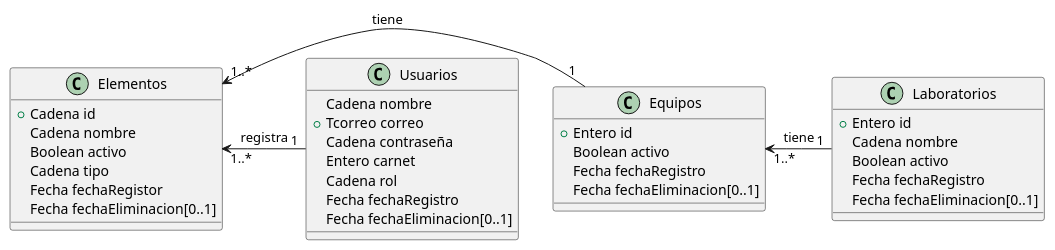
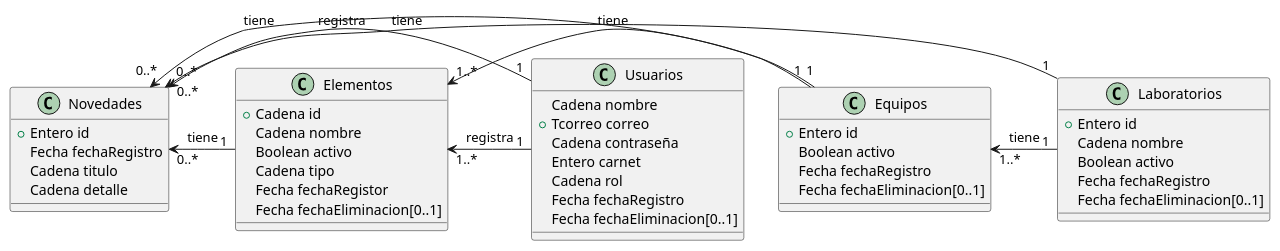
Before and after one commit to proyectocvds2019/NGCM: the diagram in modeloBaseDatos.puml, drawn with PlantUML.

Commit message:
extendiendo modelo de base de datos

```diff
--- a/modeloBaseDatos.puml
+++ b/modeloBaseDatos.puml
@@ -1,40 +1,52 @@
 @startuml
 class Usuarios{
 	Cadena nombre
 	+ Tcorreo correo
 	Cadena contraseña
 	Entero carnet
 	Cadena rol
 	Fecha fechaRegistro
 	Fecha fechaEliminacion[0..1]
 }
 
 class Laboratorios{
 	+ Entero id
 	Cadena nombre
 	Boolean activo
 	Fecha fechaRegistro
 	Fecha fechaEliminacion[0..1]
 }
 
 class Equipos{
 	+ Entero id
 	Boolean activo
 	Fecha fechaRegistro
 	Fecha fechaEliminacion[0..1]
 }
 
 
 class Elementos{
 	+ Cadena id
 	Cadena nombre
 	Boolean activo
 	Cadena tipo
 	Fecha fechaRegistor
 	Fecha fechaEliminacion[0..1]
 }
 
+class Novedades{
+    + Entero id
+    Fecha fechaRegistro
+    Cadena titulo
+    Cadena detalle
+}
+
+
 Elementos "1..*" <- "1" Equipos : tiene
 Equipos "1..*" <- "1" Laboratorios : tiene
 Elementos "1..*" <- "1" Usuarios : registra
+Novedades "0..*" <- "1" Usuarios : registra
+Novedades "0..*" <- "1" Elementos : tiene
+Novedades "0..*" <- "1" Equipos : tiene
+Novedades "0..*" <- "1" Laboratorios : tiene
 @enduml
```
